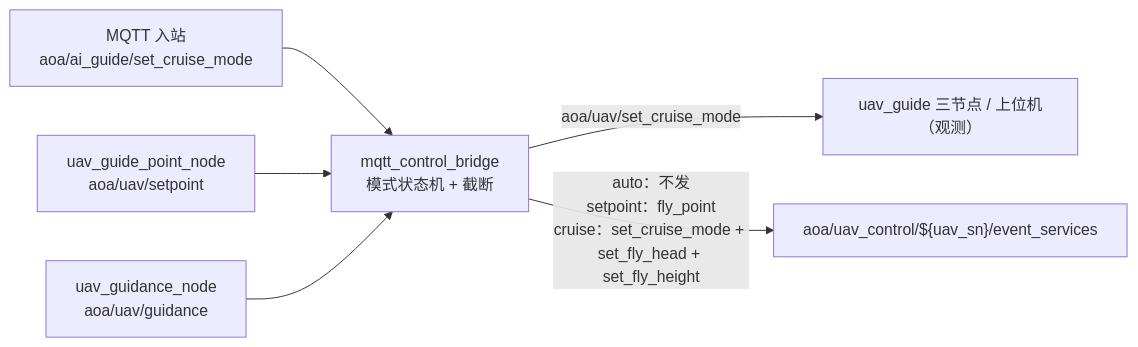
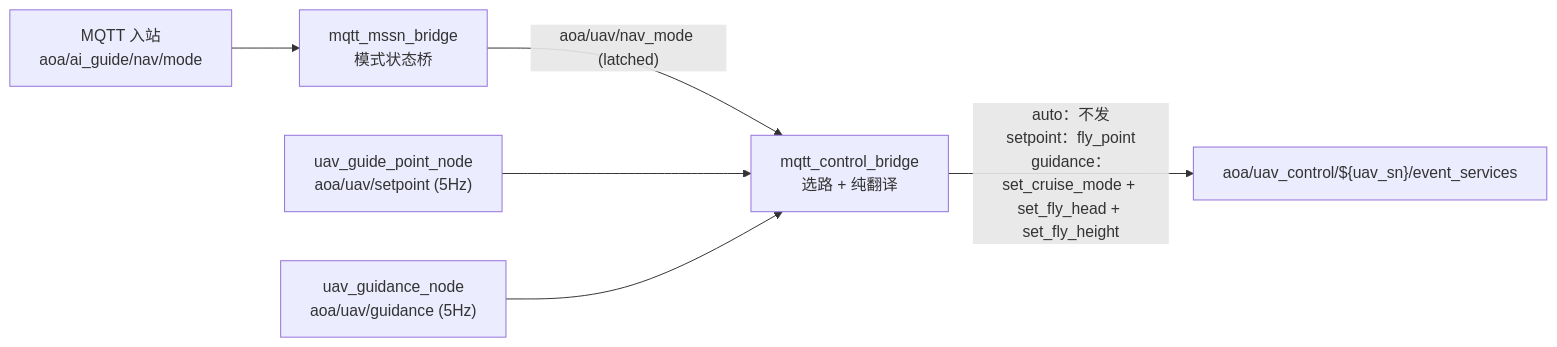
The third of 5 diagrams in doc/ros2rebuild.md (ZhangxiaokangRichard/beam_UAV_path_plan), drawn with Mermaid before and after one commit. The commit also changed other lines of this file and 19 other files, not shown here.

````diff
--- a/doc/ros2rebuild.md
+++ b/doc/ros2rebuild.md
@@ -455,8 +457,8 @@
 ```mermaid
 flowchart LR
-    M["MQTT 入站<br/>aoa/ai_guide/set_cruise_mode"] --> CB["mqtt_control_bridge<br/>模式状态机 + 截断"]
-    SP["uav_guide_point_node<br/>aoa/uav/setpoint"] --> CB
-    GD["uav_guidance_node<br/>aoa/uav/guidance"] --> CB
-    CB -->|"aoa/uav/set_cruise_mode"| UGN["uav_guide 三节点 / 上位机（观测）"]
-    CB -->|"auto：不发<br/>setpoint：fly_point<br/>cruise：set_cruise_mode + set_fly_head + set_fly_height"| MQ["aoa/uav_control/${uav_sn}/event_services"]
+    M["MQTT 入站<br/>aoa/ai_guide/nav/mode"] --> MB["mqtt_mssn_bridge<br/>模式状态桥"]
+    MB -->|"aoa/uav/nav_mode (latched)"| CB["mqtt_control_bridge<br/>选路 + 纯翻译"]
+    SP["uav_guide_point_node<br/>aoa/uav/setpoint (5Hz)"] --> CB
+    GD["uav_guidance_node<br/>aoa/uav/guidance (5Hz)"] --> CB
+    CB -->|"auto：不发<br/>setpoint：fly_point<br/>guidance：set_cruise_mode + set_fly_head + set_fly_height"| MQ["aoa/uav_control/${uav_sn}/event_services"]
 ```
````
